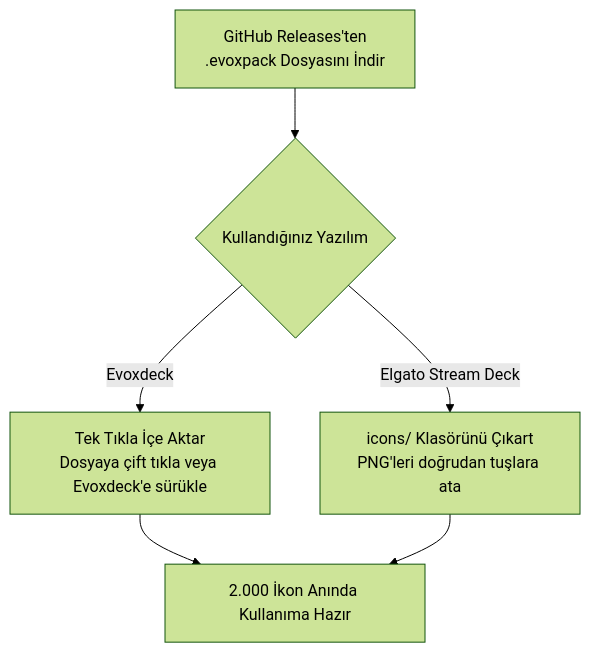
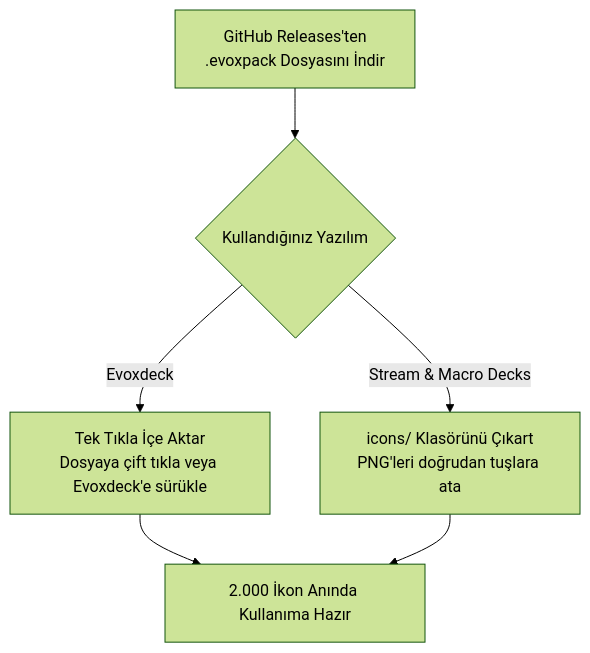
One commit to hfatih/pastel-icons-pack-2 changed the diagram in README.tr.md. Above: the diagram before and after it, drawn with Mermaid (forest theme). The commit also changed other lines of this file and 12 other files, not shown here.

````diff
--- a/README.tr.md
+++ b/README.tr.md
@@ -78,8 +78,8 @@
 ```mermaid
 flowchart TD
     A["GitHub Releases'ten<br/>.evoxpack Dosyasını İndir"] --> B{"Kullandığınız Yazılım"}
     B -->|"Evoxdeck"| C["Tek Tıkla İçe Aktar<br/>Dosyaya çift tıkla veya Evoxdeck'e sürükle"]
-    B -->|"Elgato Stream Deck"| D["icons/ Klasörünü Çıkart<br/>PNG'leri doğrudan tuşlara ata"]
+    B -->|"Stream & Macro Decks"| D["icons/ Klasörünü Çıkart<br/>PNG'leri doğrudan tuşlara ata"]
     C --> E["2.000 İkon Anında Kullanıma Hazır"]
     D --> E
 ```
````
